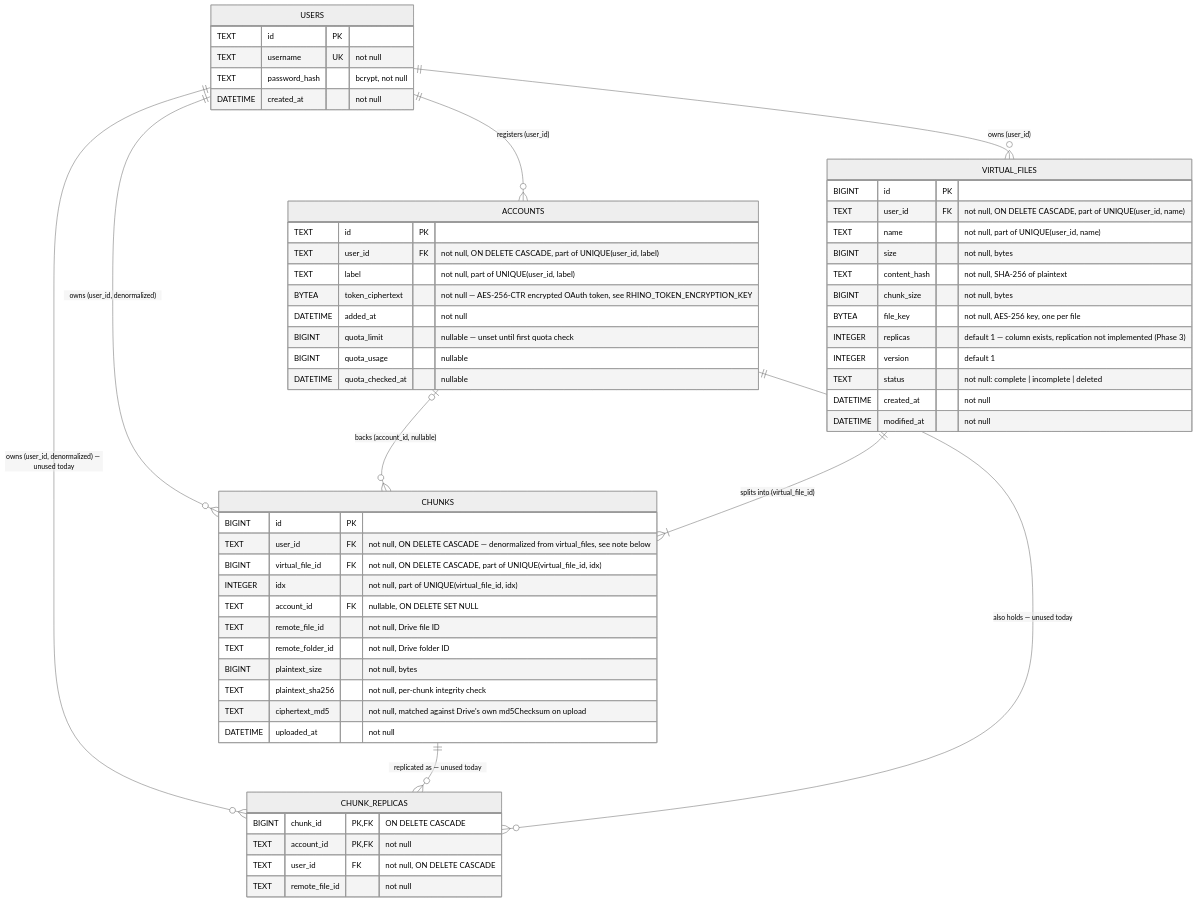
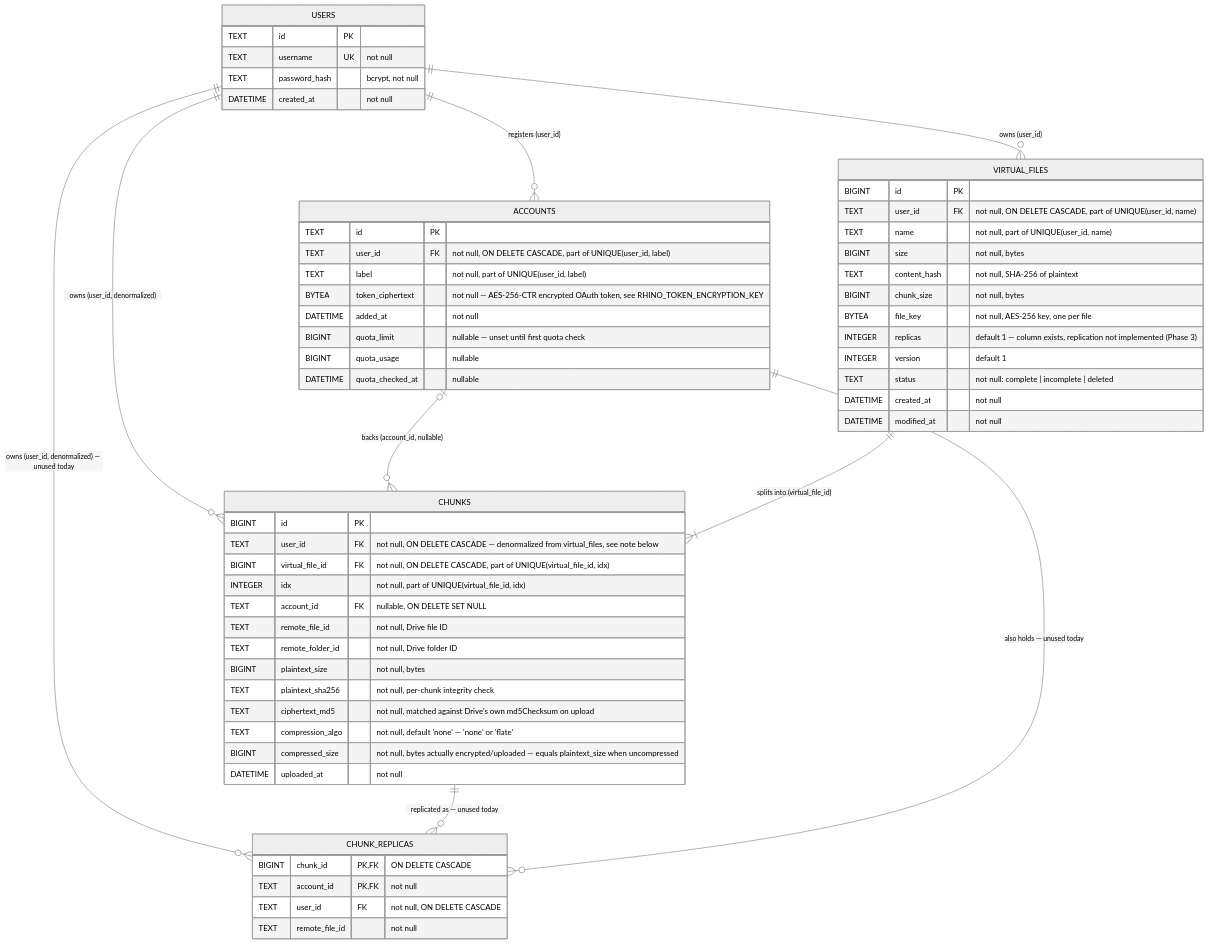
Before and after one commit to Souvik-223/rhino-framework: the diagram in gudeMD/er_diagram.md, drawn with Mermaid (neutral theme). The commit also changed other lines of this file and 21 other files, not shown here.

````diff
--- a/gudeMD/er_diagram.md
+++ b/gudeMD/er_diagram.md
@@ -16,65 +16,67 @@
 ```mermaid
 erDiagram
     USERS {
         TEXT id PK
         TEXT username UK "not null"
         TEXT password_hash "bcrypt, not null"
         DATETIME created_at "not null"
     }
 
     ACCOUNTS {
         TEXT id PK
         TEXT user_id FK "not null, ON DELETE CASCADE, part of UNIQUE(user_id, label)"
         TEXT label "not null, part of UNIQUE(user_id, label)"
         BYTEA token_ciphertext "not null — AES-256-CTR encrypted OAuth token, see RHINO_TOKEN_ENCRYPTION_KEY"
         DATETIME added_at "not null"
         BIGINT quota_limit "nullable — unset until first quota check"
         BIGINT quota_usage "nullable"
         DATETIME quota_checked_at "nullable"
     }
 
     VIRTUAL_FILES {
         BIGINT id PK
         TEXT user_id FK "not null, ON DELETE CASCADE, part of UNIQUE(user_id, name)"
         TEXT name "not null, part of UNIQUE(user_id, name)"
         BIGINT size "not null, bytes"
         TEXT content_hash "not null, SHA-256 of plaintext"
         BIGINT chunk_size "not null, bytes"
         BYTEA file_key "not null, AES-256 key, one per file"
         INTEGER replicas "default 1 — column exists, replication not implemented (Phase 3)"
         INTEGER version "default 1"
         TEXT status "not null: complete | incomplete | deleted"
         DATETIME created_at "not null"
         DATETIME modified_at "not null"
     }
 
     CHUNKS {
         BIGINT id PK
         TEXT user_id FK "not null, ON DELETE CASCADE — denormalized from virtual_files, see note below"
         BIGINT virtual_file_id FK "not null, ON DELETE CASCADE, part of UNIQUE(virtual_file_id, idx)"
         INTEGER idx "not null, part of UNIQUE(virtual_file_id, idx)"
         TEXT account_id FK "nullable, ON DELETE SET NULL"
         TEXT remote_file_id "not null, Drive file ID"
         TEXT remote_folder_id "not null, Drive folder ID"
         BIGINT plaintext_size "not null, bytes"
         TEXT plaintext_sha256 "not null, per-chunk integrity check"
         TEXT ciphertext_md5 "not null, matched against Drive's own md5Checksum on upload"
+        TEXT compression_algo "not null, default 'none' — 'none' or 'flate'"
+        BIGINT compressed_size "not null, bytes actually encrypted/uploaded — equals plaintext_size when uncompressed"
         DATETIME uploaded_at "not null"
     }
 
     CHUNK_REPLICAS {
         BIGINT chunk_id PK,FK "ON DELETE CASCADE"
         TEXT account_id PK,FK "not null"
         TEXT user_id FK "not null, ON DELETE CASCADE"
         TEXT remote_file_id "not null"
     }
 
     USERS          ||--o{ ACCOUNTS        : "registers (user_id)"
     USERS          ||--o{ VIRTUAL_FILES   : "owns (user_id)"
     USERS          ||--o{ CHUNKS          : "owns (user_id, denormalized)"
     USERS          ||--o{ CHUNK_REPLICAS  : "owns (user_id, denormalized) — unused today"
     ACCOUNTS       |o--o{ CHUNKS          : "backs (account_id, nullable)"
     VIRTUAL_FILES  ||--|{ CHUNKS          : "splits into (virtual_file_id)"
     CHUNKS         ||--o{ CHUNK_REPLICAS  : "replicated as — unused today"
     ACCOUNTS       ||--o{ CHUNK_REPLICAS  : "also holds — unused today"
 ```
````
